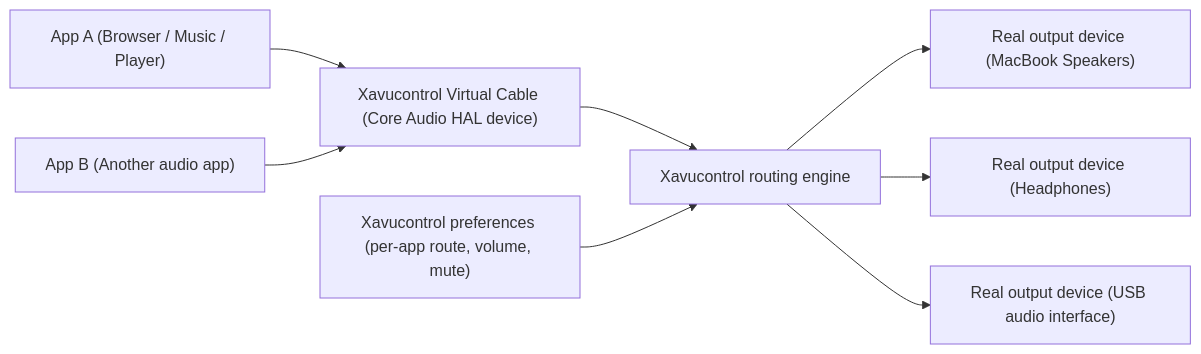
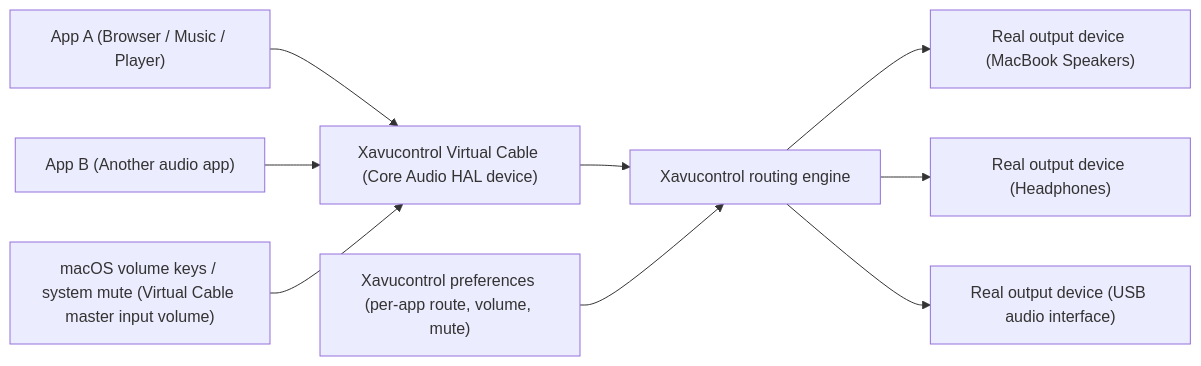
The first of 3 diagrams in README.md (ShiftHackZ/Xavucontrol), drawn with Mermaid before and after one commit. The commit also changed other lines of this file and 4 other files, not shown here.

Commit message:
Implement driver Xavucontrol Virtual Cable input master volume (#4)

````diff
--- a/README.md
+++ b/README.md
@@ -160,13 +178,14 @@
 ```mermaid
 flowchart LR
     AppA["App A (Browser / Music / Player)"] --> VC["Xavucontrol Virtual Cable (Core Audio HAL device)"]
     AppB["App B (Another audio app)"] --> VC
 
     VC --> Router["Xavucontrol routing engine"]
+    SystemVolume["macOS volume keys / system mute (Virtual Cable master input volume)"] --> VC
 
     Router --> Out1["Real output device (MacBook Speakers)"]
     Router --> Out2["Real output device (Headphones)"]
     Router --> Out3["Real output device (USB audio interface)"]
 
     Preferences["Xavucontrol preferences (per-app route, volume, mute)"] --> Router
 ```
````
